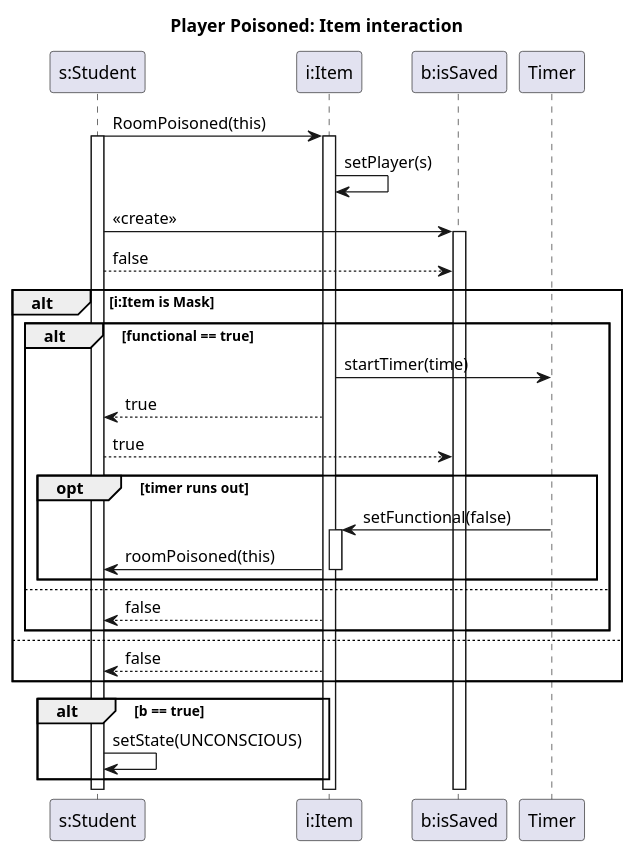
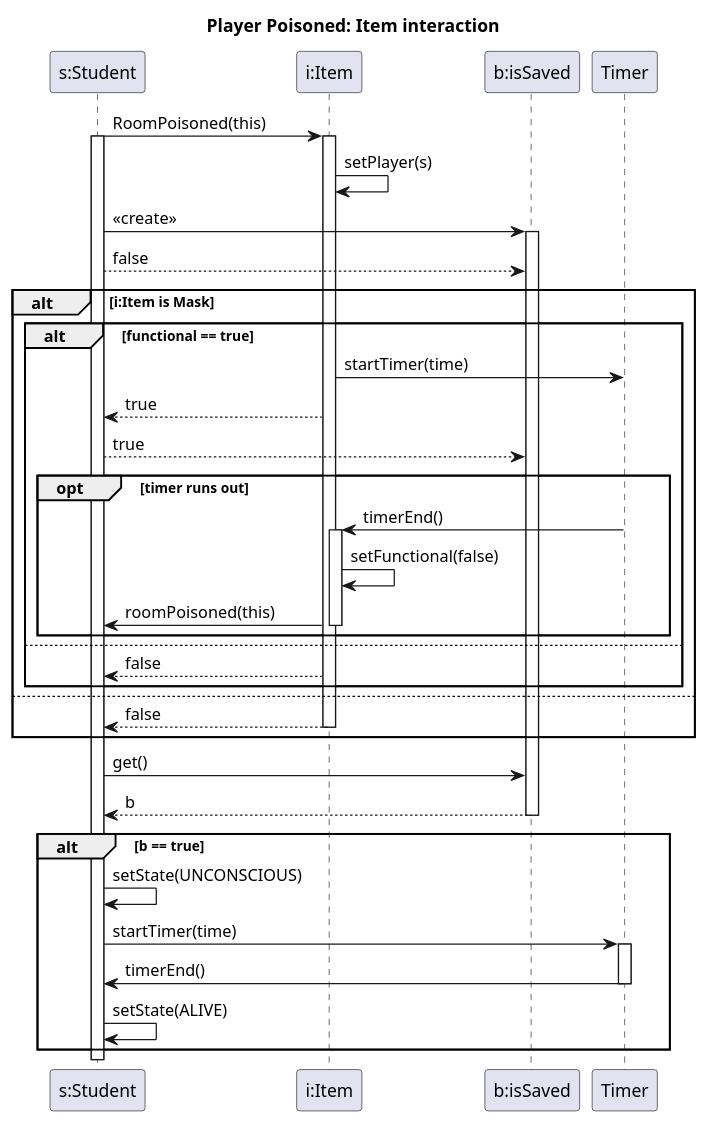
Before and after one commit to MBakter/echo: the diagram in player_poisoned_item.plantuml, drawn with PlantUML. The commit also changed 6 other files, not shown here.

```diff
--- a/player_poisoned_item.plantuml
+++ b/player_poisoned_item.plantuml
@@ -1,39 +1,50 @@
 @startuml teacher_attacks
 
 title Player Poisoned: Item interaction
 participant "s:Student" as s
 participant "i:Item" as i
 participant "b:isSaved" as b
 
 s -> i : RoomPoisoned(this)
 activate i
 activate s
 i -> i : setPlayer(s)
 s -> b : <<create>>
 activate b
 s --> b : false
 
 alt i:Item is Mask
     alt functional == true
         i -> Timer : startTimer(time)
         i --> s : true
         s --> b : true
     opt timer runs out
-        Timer -> i : setFunctional(false)
+        Timer -> i : timerEnd()
         activate i
+        i -> i : setFunctional(false)
         i -> s : roomPoisoned(this)
         deactivate i 
     end
         
     else
         i --> s : false
     end
 else
     i --> s : false
+    deactivate i
 end
+
+s -> b : get()
+b --> s : b
+deactivate b
 
 alt b == true
     s -> s : setState(UNCONSCIOUS)
+    s -> Timer : startTimer(time)
+    activate Timer
+    Timer -> s : timerEnd()
+    deactivate Timer
+    s -> s : setState(ALIVE)
 end
     
 @enduml
```
